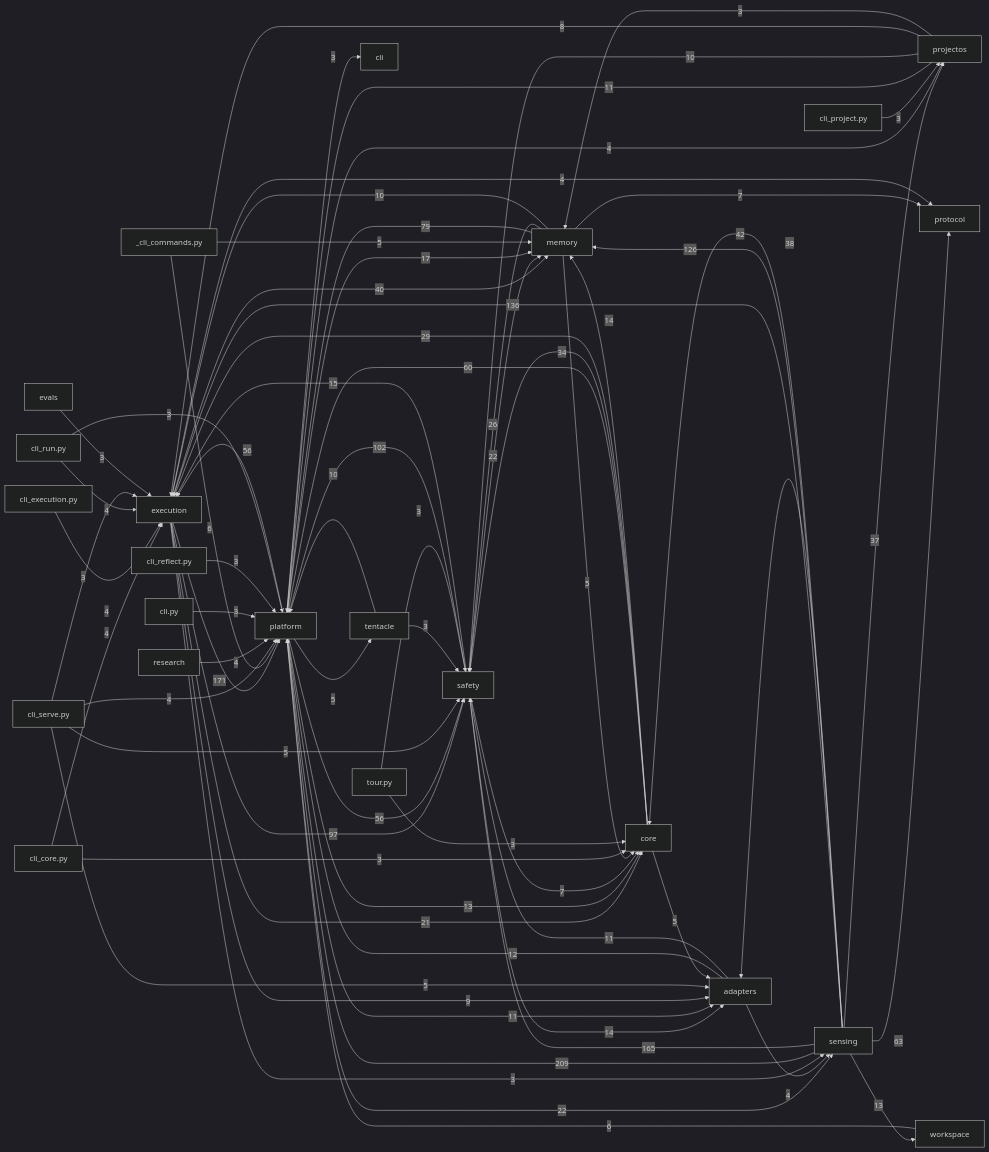
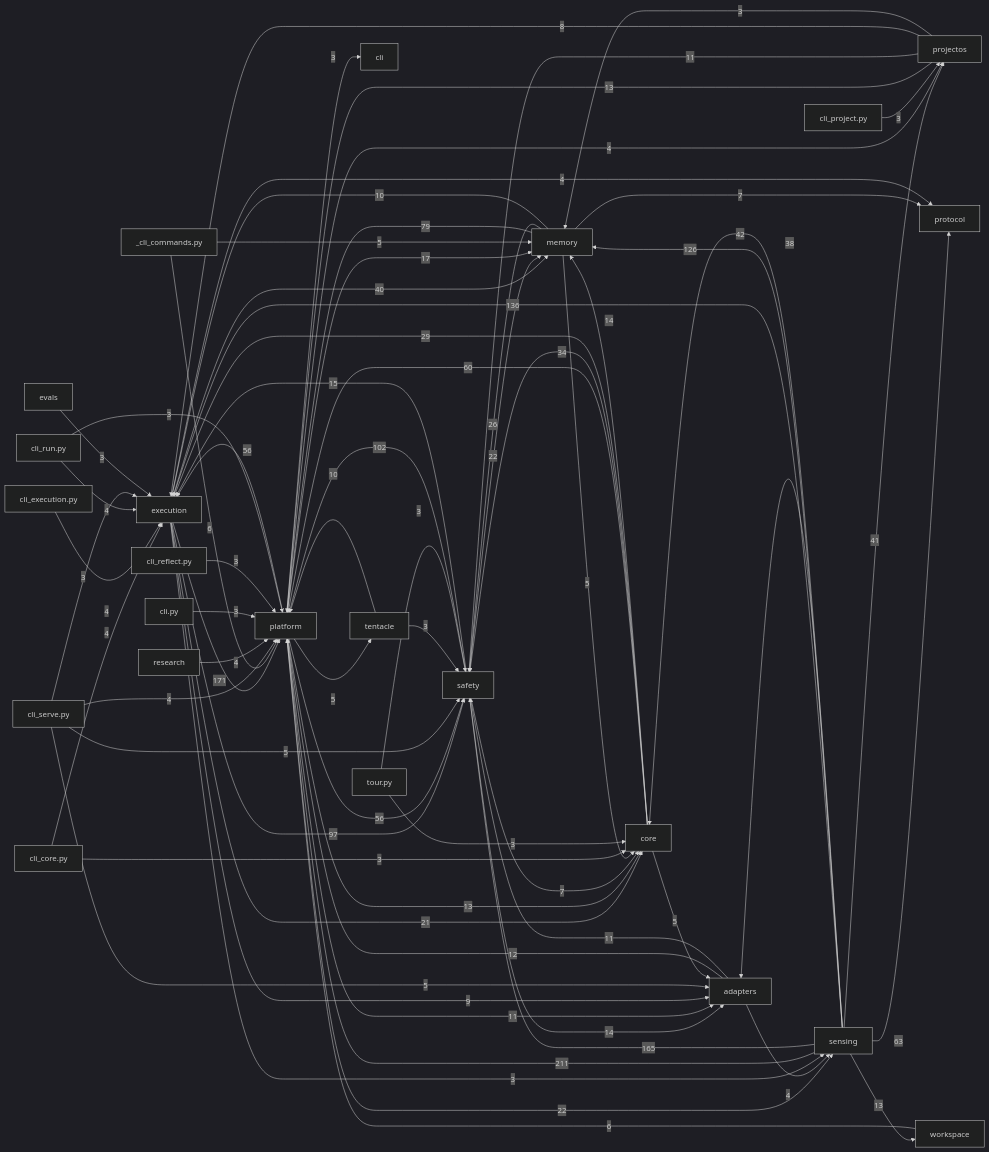
One commit to dengdenghua/echo-ai changed the diagram in docs/auto/20-backend/index.md. Above: the diagram before and after it, drawn with Mermaid (dark theme). The commit also changed 22 other files, not shown here.

````diff
--- a/docs/auto/20-backend/index.md
+++ b/docs/auto/20-backend/index.md
@@ -26,78 +26,78 @@
 ```mermaid
 graph LR
   execution[execution]
   core[core]
   safety[safety]
   memory[memory]
   sensing[sensing]
   adapters[adapters]
   platform[platform]
-  sensing -- 209 --> platform
+  sensing -- 211 --> platform
   execution -- 171 --> platform
   sensing -- 165 --> safety
   sensing -- 136 --> execution
   sensing -- 126 --> memory
   safety -- 102 --> platform
   execution -- 97 --> safety
   memory -- 79 --> platform
   sensing -- 63 --> protocol
   core -- 60 --> platform
   platform -- 56 --> execution
   platform -- 56 --> safety
   sensing -- 42 --> core
+  sensing -- 41 --> projectos
   execution -- 40 --> memory
   sensing -- 38 --> adapters
-  sensing -- 37 --> projectos
   core -- 34 --> safety
   core -- 29 --> execution
   memory -- 26 --> safety
   platform -- 22 --> sensing
   safety -- 22 --> memory
   execution -- 21 --> core
   platform -- 17 --> memory
   safety -- 15 --> execution
   core -- 14 --> memory
   safety -- 14 --> adapters
   platform -- 13 --> core
+  projectos -- 13 --> platform
   sensing -- 13 --> workspace
   adapters -- 12 --> platform
   adapters -- 11 --> safety
   platform -- 11 --> adapters
-  projectos -- 11 --> platform
+  projectos -- 11 --> safety
   memory -- 10 --> execution
-  projectos -- 10 --> safety
   tentacle -- 10 --> platform
   execution -- 9 --> adapters
   projectos -- 8 --> execution
   memory -- 7 --> protocol
   safety -- 7 --> core
   _cli_commands.py -- 6 --> platform
   workspace -- 6 --> platform
   _cli_commands.py -- 5 --> memory
   cli_serve.py -- 5 --> adapters
   cli_serve.py -- 5 --> safety
   core -- 5 --> adapters
   memory -- 5 --> core
   platform -- 5 --> tentacle
   adapters -- 4 --> sensing
   cli_core.py -- 4 --> execution
   cli_execution.py -- 4 --> execution
   cli_run.py -- 4 --> execution
   cli_serve.py -- 4 --> platform
   execution -- 4 --> protocol
   platform -- 4 --> projectos
   research -- 4 --> platform
   cli.py -- 3 --> platform
   cli_core.py -- 3 --> core
   cli_project.py -- 3 --> projectos
   cli_reflect.py -- 3 --> platform
   cli_run.py -- 3 --> platform
   cli_serve.py -- 3 --> execution
   evals -- 3 --> execution
   execution -- 3 --> sensing
   platform -- 3 --> cli
   projectos -- 3 --> memory
   tentacle -- 3 --> safety
   tour.py -- 3 --> core
   tour.py -- 3 --> safety
 ```
````
